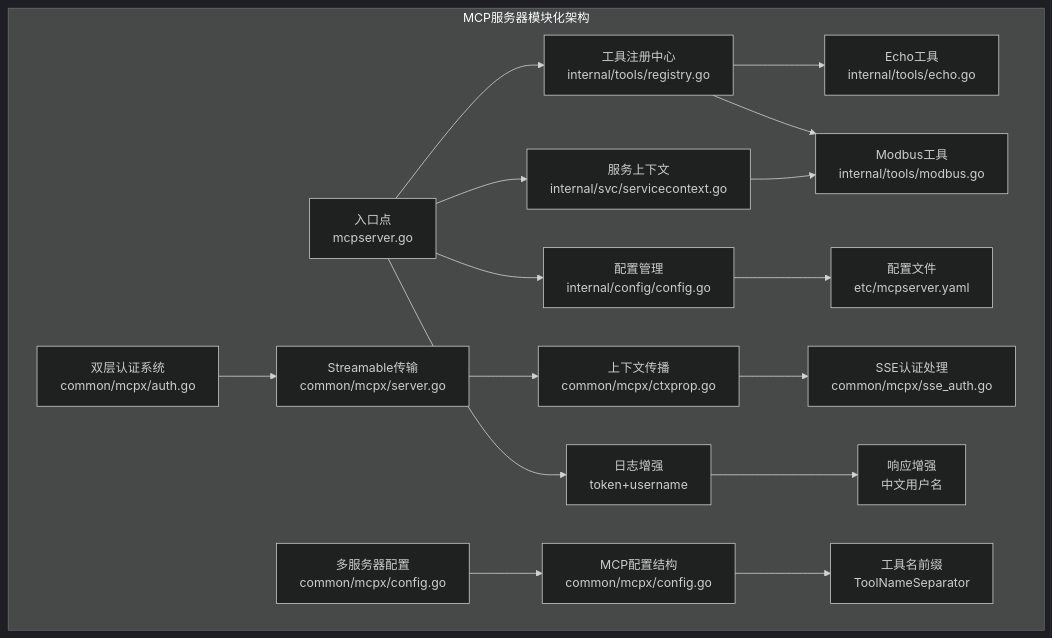
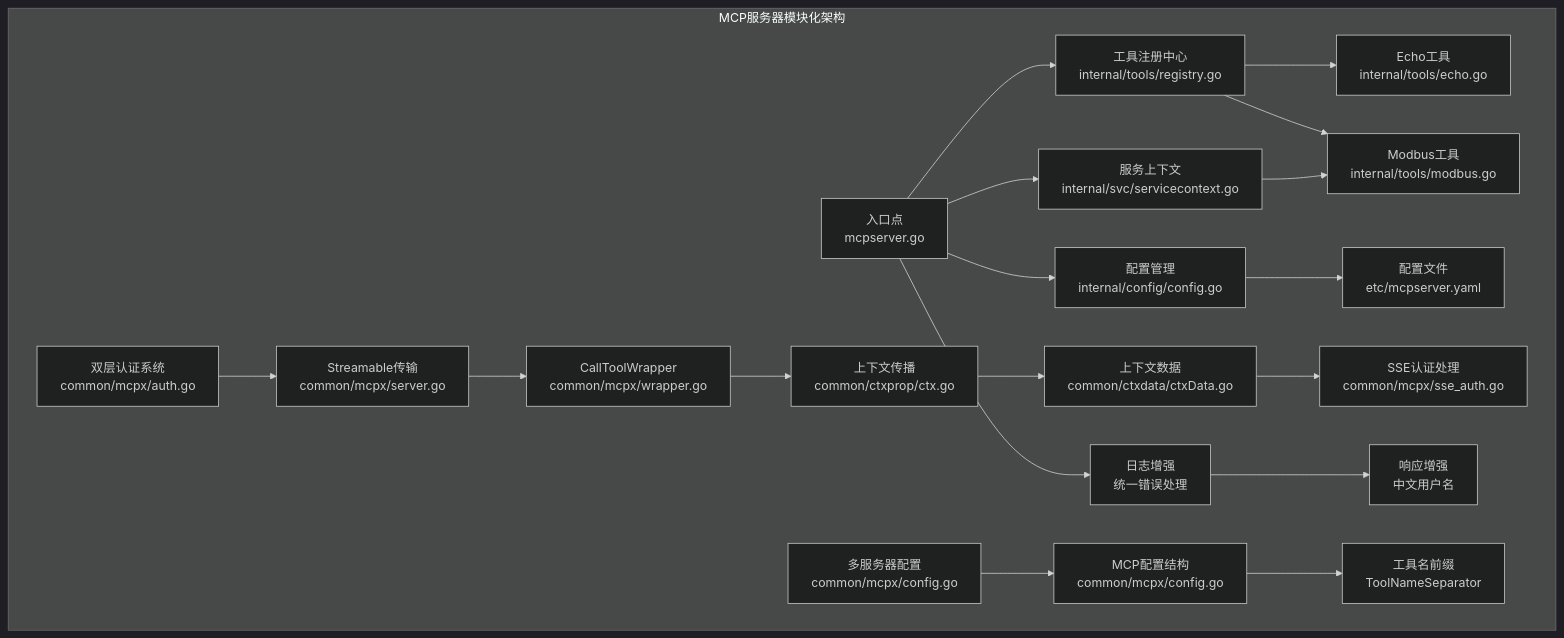
Before and after one commit to maomao94/zero-service: the first of 17 diagrams in .qoder/repowiki/zh/content/AI应用模块/MCP服务器.md, drawn with Mermaid (dark theme). The commit also changed other lines of this file and 25 other files, not shown here.

````diff
--- a/.qoder/repowiki/zh/content/AI应用模块/MCP服务器.md
+++ b/.qoder/repowiki/zh/content/AI应用模块/MCP服务器.md
@@ -132,35 +133,39 @@
 ```mermaid
 graph TB
 subgraph "MCP服务器模块化架构"
 CFG["配置管理<br/>internal/config/config.go"]
 CTX["服务上下文<br/>internal/svc/servicecontext.go"]
 REG["工具注册中心<br/>internal/tools/registry.go"]
 ECHO["Echo工具<br/>internal/tools/echo.go"]
 MODBUS["Modbus工具<br/>internal/tools/modbus.go"]
 ENTRY["入口点<br/>mcpserver.go"]
 CONF["配置文件<br/>etc/mcpserver.yaml"]
 AUTH["双层认证系统<br/>common/mcpx/auth.go"]
 STREAM["Streamable传输<br/>common/mcpx/server.go"]
-CTXPROP["上下文传播<br/>common/mcpx/ctxprop.go"]
+WRAPPER["CallToolWrapper<br/>common/mcpx/wrapper.go"]
+CTXPROP["上下文传播<br/>common/ctxprop/ctx.go"]
+CTXDATA["上下文数据<br/>common/ctxdata/ctxData.go"]
 SSEAUTH["SSE认证处理<br/>common/mcpx/sse_auth.go"]
 MSERVER["多服务器配置<br/>common/mcpx/config.go"]
 MCPCFG["MCP配置结构<br/>common/mcpx/config.go"]
 ENDPOINT["工具名前缀<br/>ToolNameSeparator"]
-LOGENHANCE["日志增强<br/>token+username"]
+LOGENHANCE["日志增强<br/>统一错误处理"]
 RESPONSE["响应增强<br/>中文用户名"]
 end
 ENTRY --> CFG
 ENTRY --> CTX
 ENTRY --> REG
 REG --> ECHO
 REG --> MODBUS
 CTX --> MODBUS
 CFG --> CONF
 AUTH --> STREAM
-STREAM --> CTXPROP
-CTXPROP --> SSEAUTH
+STREAM --> WRAPPER
+WRAPPER --> CTXPROP
+CTXPROP --> CTXDATA
+CTXDATA --> SSEAUTH
 ENTRY --> LOGENHANCE
 LOGENHANCE --> RESPONSE
 MSERVER --> MCPCFG
 MCPCFG --> ENDPOINT
 ```
````
